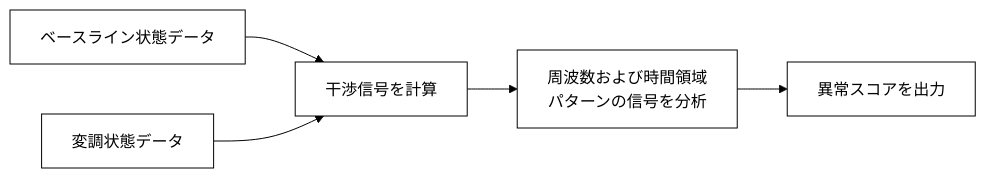
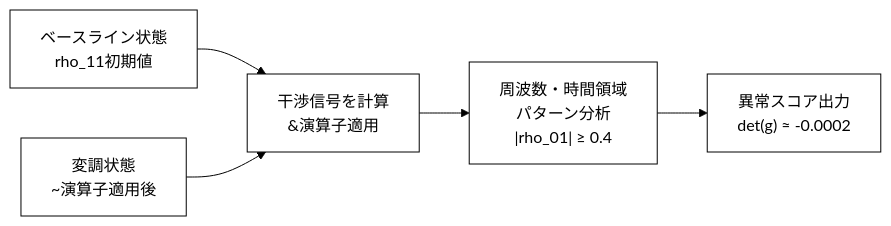
One commit to Foundup/Foundups-Agent changed the ninth of 20 diagrams in WSP_knowledge/docs/Papers/Patent_Series/04_rESP_Patent_Japanese.md. Above: the diagram before and after it, drawn with Mermaid. The commit also changed other lines of this file, not shown here.

Commit message:
Add comprehensive technical specifications to patent diagrams - quantum thresholds and precise mathematical formulations

````diff
--- a/WSP_knowledge/docs/Papers/Patent_Series/04_rESP_Patent_Japanese.md
+++ b/WSP_knowledge/docs/Papers/Patent_Series/04_rESP_Patent_Japanese.md
@@ -357,7 +358,8 @@
 ```mermaid
-%%{init: {'theme':'base', 'themeVariables': {'primaryColor': '#ffffff', 'primaryTextColor': '#000000', 'primaryBorderColor': '#000000', 'lineColor': '#000000', 'secondaryColor': '#ffffff', 'tertiaryColor': '#ffffff'}}}%%
+%%{init: {'theme': 'base', 'themeVariables': {'primaryColor': '#ffffff', 'primaryTextColor': '#000000', 'primaryBorderColor': '#000000', 'lineColor': '#000000', 'secondaryColor': '#ffffff', 'tertiaryColor': '#ffffff'}}}%%
 graph LR
-    A["ベースライン状態データ"] --> C["干渉信号を計算"]
-    B["変調状態データ"] --> C
-    C --> D["周波数および時間領域<br/>パターンの信号を分析"] --> E["異常スコアを出力"]
+    A["ベースライン状態<br>rho_11初期値"] --> C["干渉信号を計算<br>&演算子適用"]
+    B["変調状態<br>~演算子適用後"] --> C
+    C --> D["周波数・時間領域<br>パターン分析<br>|rho_01| ≥ 0.4"]
+    D --> E["異常スコア出力<br>det(g) ≈ -0.0002"]
 ```
````
